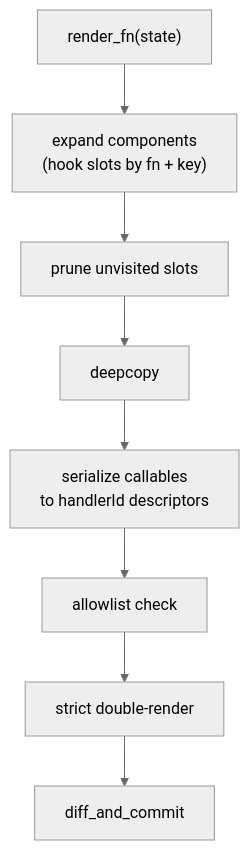
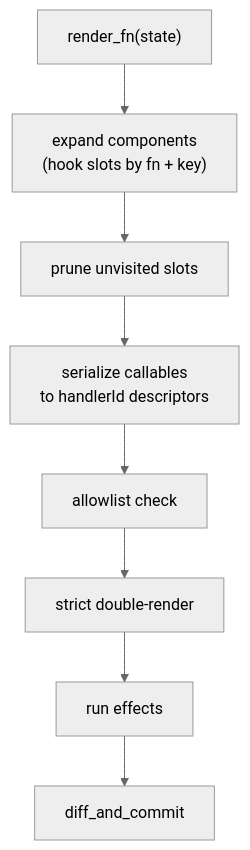
The sixth of 8 diagrams in docs/how-it-works.md (aaron-riact/flyrail), drawn with Mermaid (neutral theme) before and after one commit. The commit also changed other lines of this file and 1 other file, not shown here.

````diff
--- a/docs/how-it-works.md
+++ b/docs/how-it-works.md
@@ -132,12 +145,12 @@
 ```mermaid
 flowchart TD
     R["render_fn(state)"]
     E["expand components<br/>(hook slots by fn + key)"]
     G["prune unvisited slots"]
-    D["deepcopy"]
     Z["serialize callables<br/>to handlerId descriptors"]
     A["allowlist check"]
     T["strict double-render"]
+    X["run effects"]
     F["diff_and_commit"]
-    R --> E --> G --> D --> Z --> A --> T --> F
+    R --> E --> G --> Z --> A --> T --> X --> F
 ```
````
